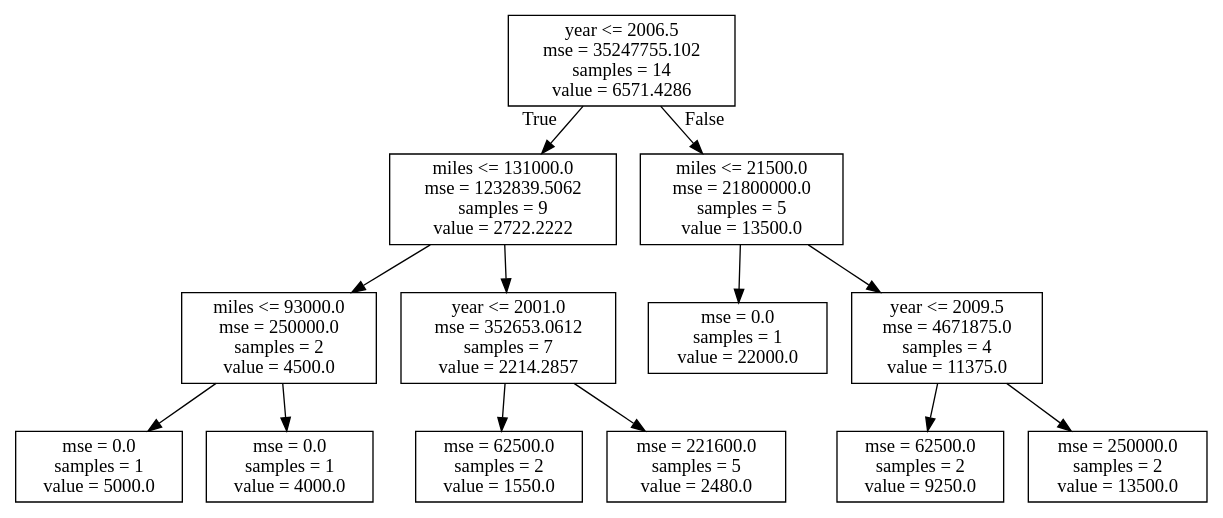
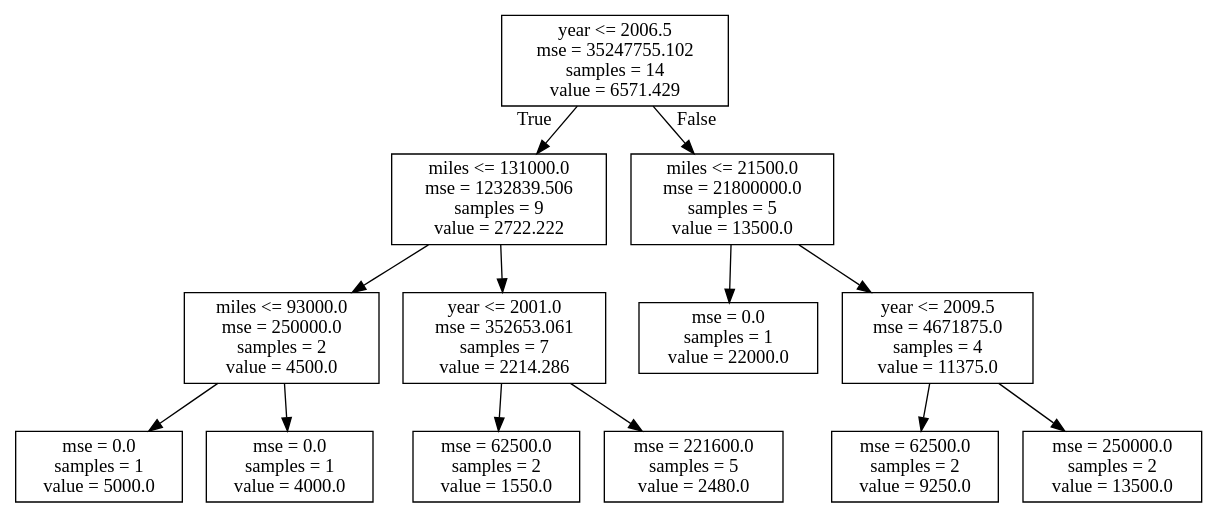
The diagram in notebooks/tree_vehicles.dot (stubeef/DS_GA_SEA), drawn with Graphviz before and after one commit. The commit also changed 3 other files, not shown here.

```diff
--- a/notebooks/tree_vehicles.dot
+++ b/notebooks/tree_vehicles.dot
@@ -1,28 +1,28 @@
 digraph Tree {
 node [shape=box] ;
-0 [label="year <= 2006.5\nmse = 35247755.102\nsamples = 14\nvalue = 6571.4286"] ;
-1 [label="miles <= 131000.0\nmse = 1232839.5062\nsamples = 9\nvalue = 2722.2222"] ;
+0 [label="year <= 2006.5\nmse = 35247755.102\nsamples = 14\nvalue = 6571.429"] ;
+1 [label="miles <= 131000.0\nmse = 1232839.506\nsamples = 9\nvalue = 2722.222"] ;
 0 -> 1 [labeldistance=2.5, labelangle=45, headlabel="True"] ;
 2 [label="miles <= 93000.0\nmse = 250000.0\nsamples = 2\nvalue = 4500.0"] ;
 1 -> 2 ;
 3 [label="mse = 0.0\nsamples = 1\nvalue = 5000.0"] ;
 2 -> 3 ;
 4 [label="mse = 0.0\nsamples = 1\nvalue = 4000.0"] ;
 2 -> 4 ;
-5 [label="year <= 2001.0\nmse = 352653.0612\nsamples = 7\nvalue = 2214.2857"] ;
+5 [label="year <= 2001.0\nmse = 352653.061\nsamples = 7\nvalue = 2214.286"] ;
 1 -> 5 ;
 6 [label="mse = 62500.0\nsamples = 2\nvalue = 1550.0"] ;
 5 -> 6 ;
 7 [label="mse = 221600.0\nsamples = 5\nvalue = 2480.0"] ;
 5 -> 7 ;
 8 [label="miles <= 21500.0\nmse = 21800000.0\nsamples = 5\nvalue = 13500.0"] ;
 0 -> 8 [labeldistance=2.5, labelangle=-45, headlabel="False"] ;
 9 [label="mse = 0.0\nsamples = 1\nvalue = 22000.0"] ;
 8 -> 9 ;
 10 [label="year <= 2009.5\nmse = 4671875.0\nsamples = 4\nvalue = 11375.0"] ;
 8 -> 10 ;
 11 [label="mse = 62500.0\nsamples = 2\nvalue = 9250.0"] ;
 10 -> 11 ;
 12 [label="mse = 250000.0\nsamples = 2\nvalue = 13500.0"] ;
 10 -> 12 ;
 }
```
